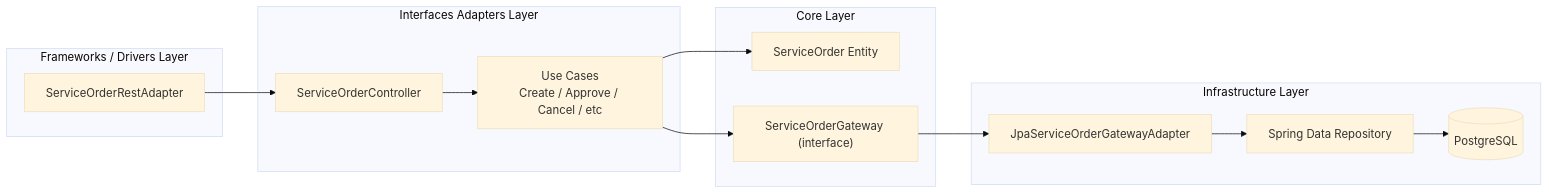
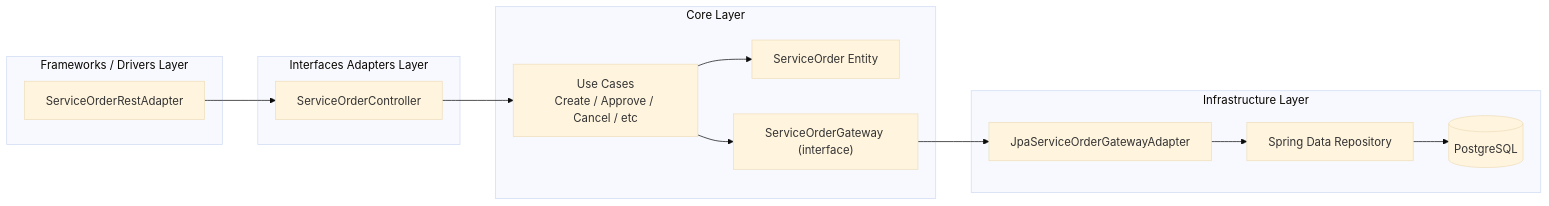
One commit to pitflow-so/pitflow-os-backend changed the first of 2 diagrams in README.md. Above: the diagram before and after it, drawn with Mermaid.

Commit message:
chore: ajsuted graph

````diff
--- a/README.md
+++ b/README.md
@@ -37,32 +37,31 @@
 ```mermaid
 %%{init: { "theme": "base" }}%%
 flowchart LR
     subgraph Infrastructure1 ["Frameworks / Drivers Layer"]
         REST[ServiceOrderRestAdapter]
     end
 
     subgraph Interfaces ["Interfaces Adapters Layer"]
         CTRL[ServiceOrderController]
-        USECASE["Use Cases<br/>Create / Approve / Cancel / etc"]
     end
 
     subgraph Core ["Core Layer"]
+        USECASE["Use Cases<br/>Create / Approve / Cancel / etc"]
         ENTITY[ServiceOrder Entity]
         GATEWAY["ServiceOrderGateway (interface)"]
     end
 
     subgraph Infrastructure2 ["Infrastructure Layer"]
         JPA[JpaServiceOrderGatewayAdapter]
         REPO["Spring Data Repository"]
         DB[(PostgreSQL)]
     end
 
     REST --> CTRL
     CTRL --> USECASE
     USECASE --> ENTITY
     USECASE --> GATEWAY
     GATEWAY --> JPA
     JPA --> REPO
     REPO --> DB
-
 ```
````
